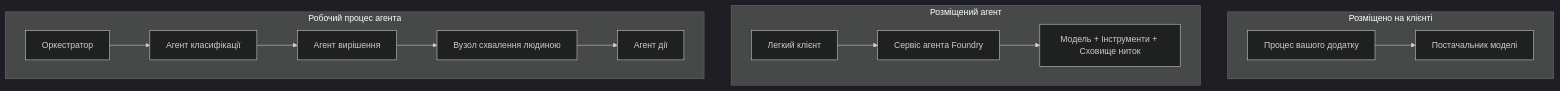
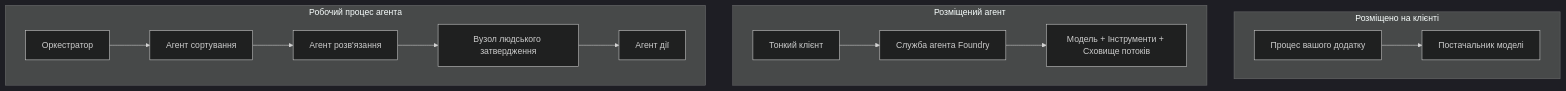
The first of 4 diagrams in mirrors/repos/microsoft@ai-agents-for-beginners/translations/uk/16-deploying-scalable-agents/README.md (gabrielmoreira/agent-skills-mirror), drawn with Mermaid (dark theme) before and after one commit. The commit also changed other lines of this file and 3581 other files, not shown here.

````diff
--- a/mirrors/repos/microsoft@ai-agents-for-beginners/translations/uk/16-deploying-scalable-agents/README.md
+++ b/mirrors/repos/microsoft@ai-agents-for-beginners/translations/uk/16-deploying-scalable-agents/README.md
@@ -87,16 +87,16 @@
 ```mermaid
 flowchart TB
     subgraph P1[Розміщено на клієнті]
         A1[Процес вашого додатку] --> M1[Постачальник моделі]
     end
     subgraph P2[Розміщений агент]
-        A2[Легкий клієнт] --> F2[Сервіс агента Foundry]
-        F2 --> M2[Модель + Інструменти + Сховище ниток]
+        A2[Тонкий клієнт] --> F2[Служба агента Foundry]
+        F2 --> M2[Модель + Інструменти + Сховище потоків]
     end
     subgraph P3[Робочий процес агента]
-        A3[Оркестратор] --> S1[Агент класифікації]
-        S1 --> S2[Агент вирішення]
-        S2 --> H[Вузол схвалення людиною]
+        A3[Оркестратор] --> S1[Агент сортування]
+        S1 --> S2[Агент розв'язання]
+        S2 --> H[Вузол людського затвердження]
         H --> S3[Агент дії]
     end
 ```
````
